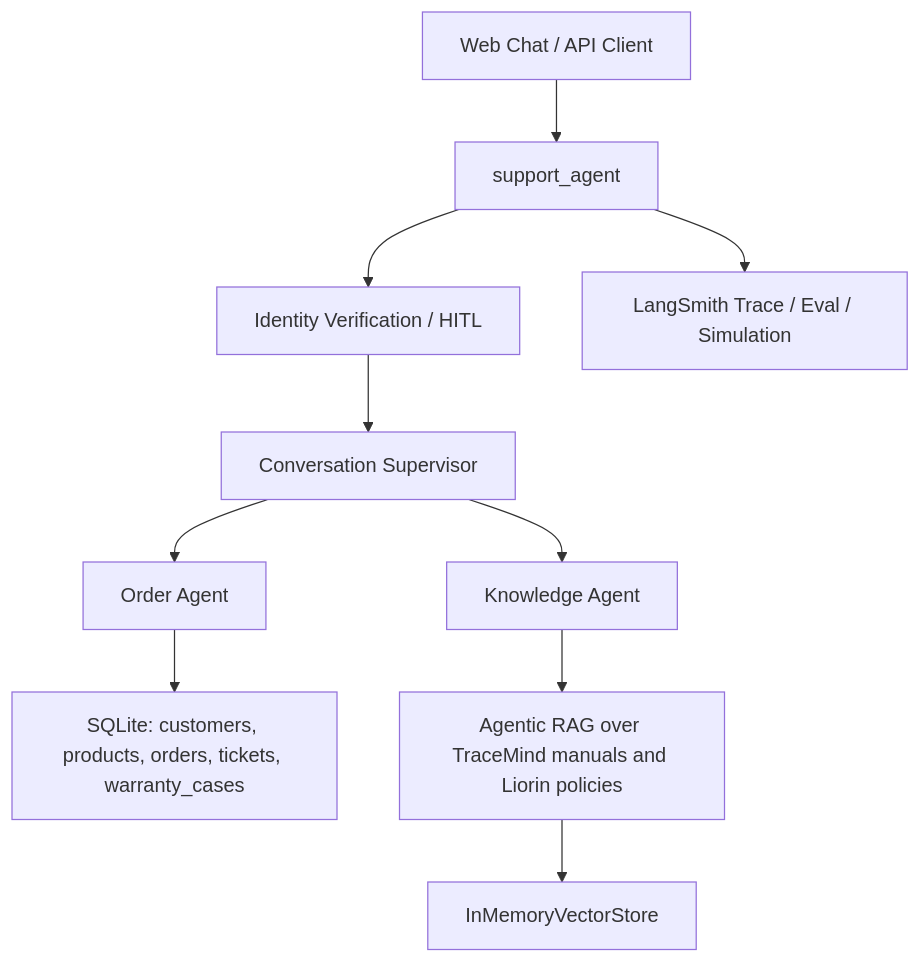
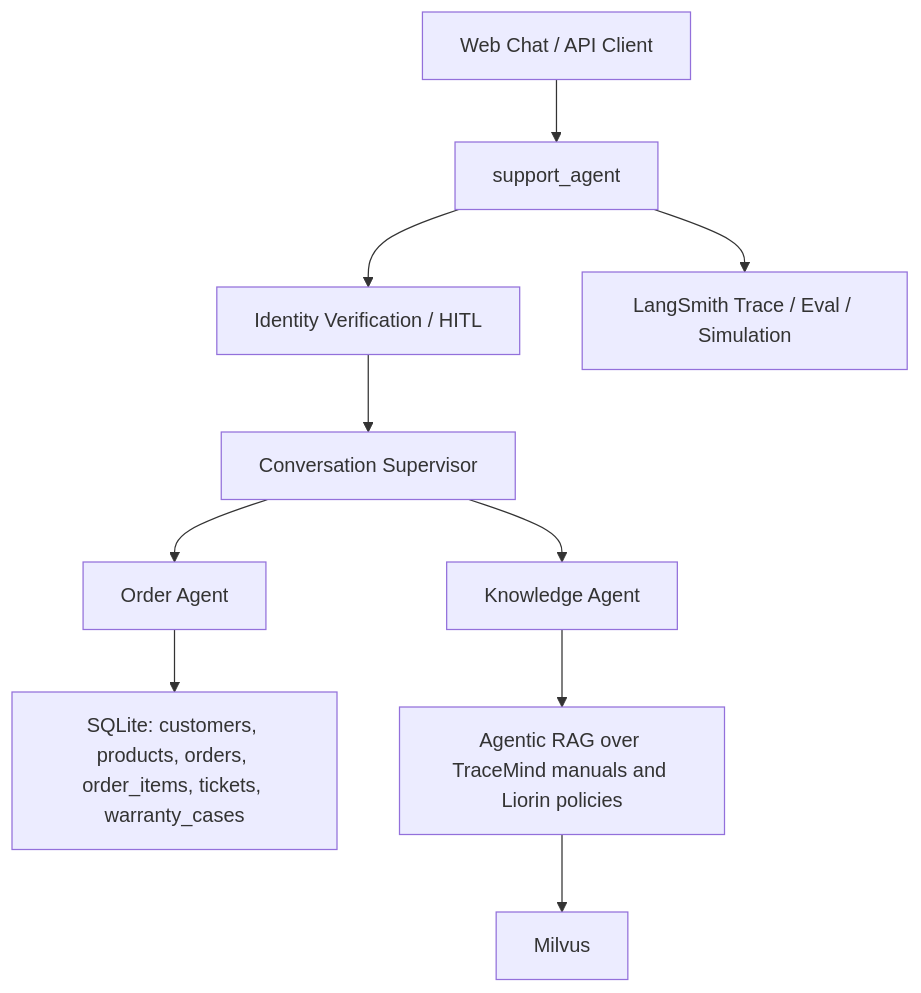
One commit to SiriThree/Liorin changed the diagram in README.md. Above: the diagram before and after it, drawn with Mermaid. The commit also changed other lines of this file and 149 other files, not shown here.

````diff
--- a/README.md
+++ b/README.md
@@ -18,12 +18,12 @@
 ```mermaid
 flowchart TB
     U["Web Chat / API Client"] --> G["support_agent"]
     G --> V["Identity Verification / HITL"]
     V --> S["Conversation Supervisor"]
     S --> O["Order Agent"]
     S --> K["Knowledge Agent"]
-    O --> DB["SQLite: customers, products, orders, tickets, warranty_cases"]
+    O --> DB["SQLite: customers, products, orders, order_items, tickets, warranty_cases"]
     K --> RAG["Agentic RAG over TraceMind manuals and Liorin policies"]
-    RAG --> VS["InMemoryVectorStore"]
+    RAG --> VS["Milvus"]
     G --> LS["LangSmith Trace / Eval / Simulation"]
 ```
````
